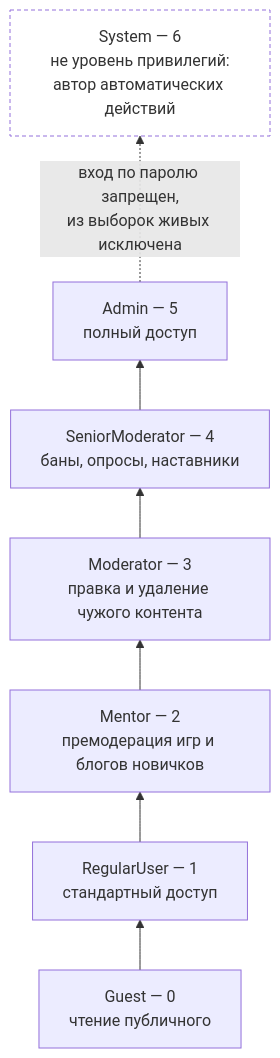
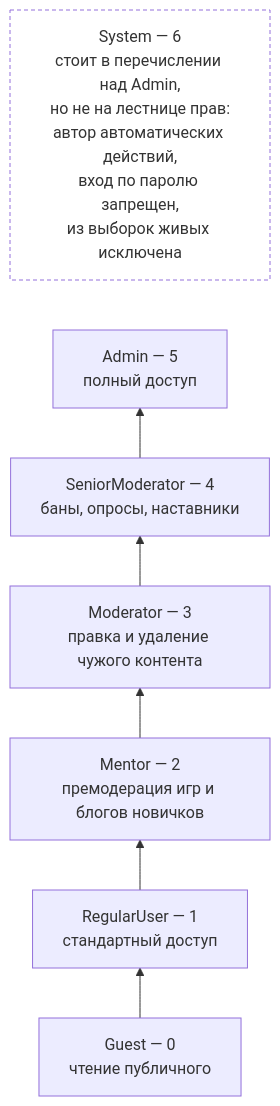
The first of 3 diagrams in docs/architecture/AUTHORIZATION.md (dm-am/dm3), drawn with Mermaid before and after one commit. The commit also changed other lines of this file and 1646 other files, not shown here.

````diff
--- a/docs/architecture/AUTHORIZATION.md
+++ b/docs/architecture/AUTHORIZATION.md
@@ -13,16 +13,16 @@
 ```mermaid
 flowchart BT
     g["Guest — 0<br/>чтение публичного"]
     u["RegularUser — 1<br/>стандартный доступ"]
     me["Mentor — 2<br/>премодерация игр и блогов новичков"]
     mo["Moderator — 3<br/>правка и удаление чужого контента"]
     sm["SeniorModerator — 4<br/>баны, опросы, наставники"]
     ad["Admin — 5<br/>полный доступ"]
-    sys["System — 6<br/>не уровень привилегий:<br/>автор автоматических действий"]
+    sys["System — 6<br/>стоит в перечислении над Admin,<br/>но не на лестнице прав:<br/>автор автоматических действий,<br/>вход по паролю запрещен,<br/>из выборок живых исключена"]
 
     g --> u --> me --> mo --> sm --> ad
-    ad -.->|"вход по паролю запрещен,<br/>из выборок живых исключена"| sys
+    ad ~~~ sys
 
     classDef aside fill:transparent,stroke-dasharray: 4 3
     class sys aside
 ```
````
